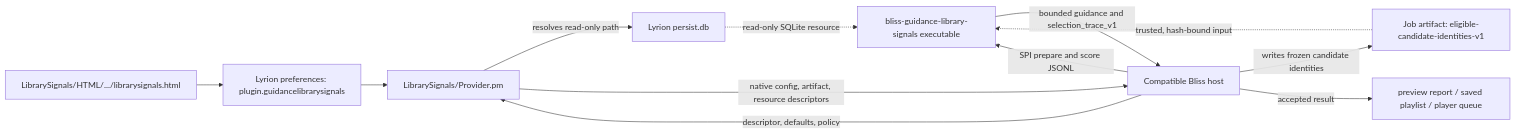
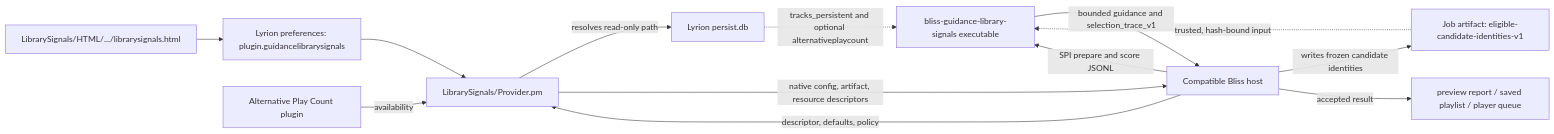
One commit to chrober/lms-guidance-library-signals changed the first of 2 diagrams in README.md. Above: the diagram before and after it, drawn with Mermaid. The commit also changed other lines of this file and 9 other files, not shown here.

Commit message:
feat: add Alternative Play Count source

````diff
--- a/README.md
+++ b/README.md
@@ -29,14 +37,15 @@
 ```mermaid
 flowchart LR
     Settings["LibrarySignals/HTML/.../librarysignals.html"] --> Prefs["Lyrion preferences: plugin.guidancelibrarysignals"]
     Prefs --> Perl["LibrarySignals/Provider.pm"]
     Host["Compatible Bliss host"] -->|descriptor, defaults, policy| Perl
     Host -->|writes frozen candidate identities| Artifact["Job artifact: eligible-candidate-identities-v1"]
     Perl -->|resolves read-only path| DB["Lyrion persist.db"]
+    APC["Alternative Play Count plugin"] -->|availability| Perl
     Perl -->|native config, artifact, resource descriptors| Host
     Host -->|SPI prepare and score JSONL| Native["bliss-guidance-library-signals executable"]
     Artifact -.->|trusted, hash-bound input| Native
-    DB -.->|read-only SQLite resource| Native
+    DB -.->|tracks_persistent and optional alternativeplaycount| Native
     Native -->|bounded guidance and selection_trace_v1| Host
     Host -->|accepted result| Sinks["preview report / saved playlist / player queue"]
 ```
````
